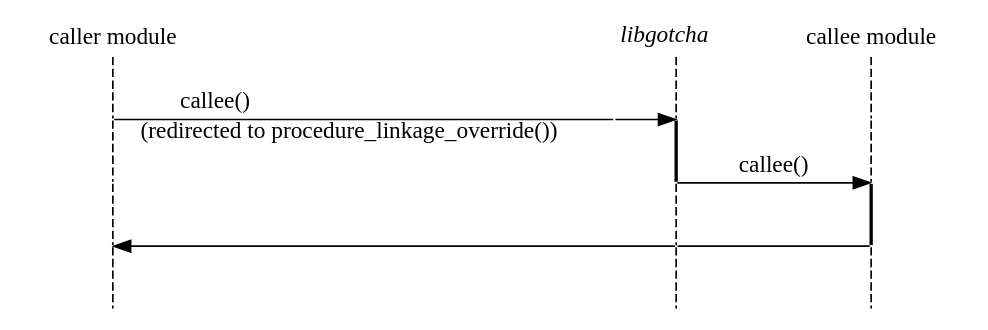
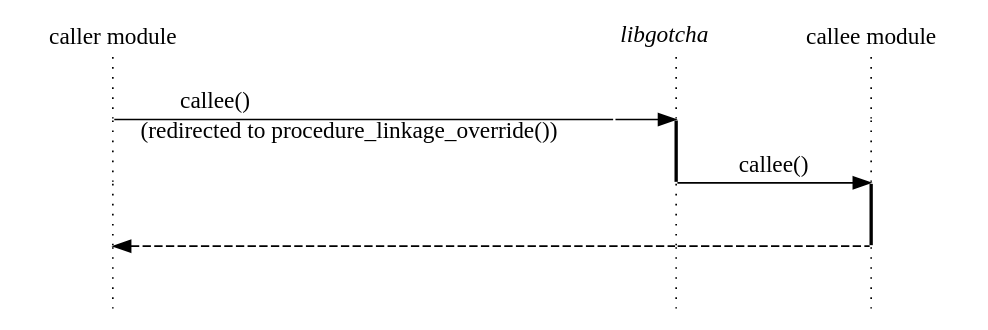
The diagram in figs/calltree_function.dot (solb/thesis), drawn with Graphviz before and after one commit. The commit also changed 2 other files, not shown here.

Commit message:
figs: Make function return edges dashed

```diff
--- a/figs/calltree_function.dot
+++ b/figs/calltree_function.dot
@@ -1,40 +1,40 @@
 strict digraph {
 	edge [arrowhead=none];
 	node [shape=none, width=0, height=0, label=""];
 
 	caller [label="caller module"];
 	gotcha [label=<<i>libgotcha</i>>];
 	callee [label="callee module"];
 
 	{
 		// This weight must be at least the number of horizontal arrows.
-		edge [style=dashed, weight=3];
+		edge [style=dotted, weight=3];
 
 		caller -> callerA -> callerB -> callerC -> callerD;
 
 		gotcha -> gotchaA;
 		gotchaA -> gotchaB [style=solid, penwidth=2];
 		gotchaB -> gotchaC -> gotchaD;
 
 		callee -> calleeA -> calleeB;
 		calleeB -> calleeC [style=solid, penwidth=2];
 		calleeC -> calleeD;
 	}
 
 	{
 		rank=same;
 		callerA -> controlA [label="callee()                                                   ", headlabel="(redirected to procedure_linkage_override())"];
 		controlA -> gotchaA [arrowhead=normal];
 	}
 
 	{
 		rank=same;
 		gotchaB -> calleeB [label="callee()", arrowhead=normal];
 	}
 
 	{
 		rank=same;
-		callerC -> gotchaC [arrowhead=normal, dir=back];
-		gotchaC -> calleeC;
+		callerC -> gotchaC [style=dashed, arrowhead=normal, dir=back];
+		gotchaC -> calleeC [style=dashed];
 	}
 }
```
